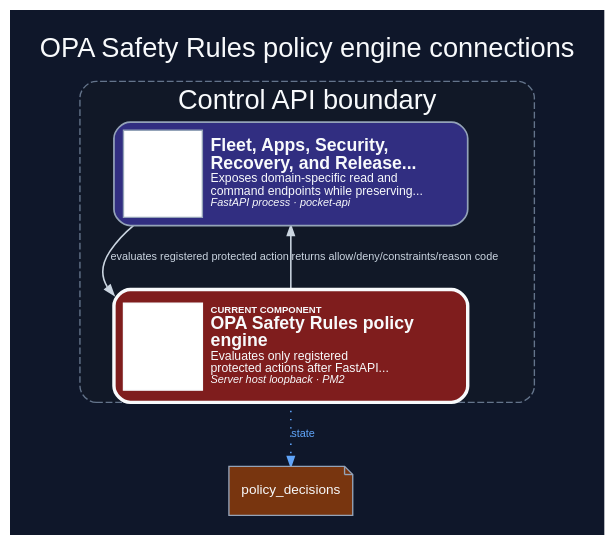
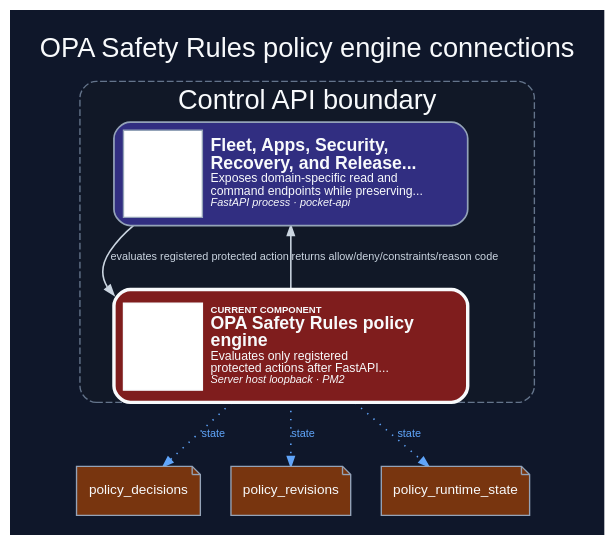
Before and after one commit to dexter-lab-ctrl/pocket-lab-lite: the diagram in docs/assets/diagrams/production/components/opa-policy-engine.dark.dot, drawn with Graphviz. The commit also changed 291 other files, not shown here.

```diff
--- a/docs/assets/diagrams/production/components/opa-policy-engine.dark.dot
+++ b/docs/assets/diagrams/production/components/opa-policy-engine.dark.dot
@@ -1,49 +1,53 @@
 digraph component_opa_policy_engine {
   graph [
     rankdir="TB",
     splines="spline",
     compound="true",
     newrank="true",
     nodesep="0.30",
     ranksep="0.52",
     ratio="compress",
     pad="0.20",
     margin="0",
     outputorder="edgesfirst",
     bgcolor="#0f172a",
     fontcolor="#f8fafc",
     fontname="Arial",
     label="OPA Safety Rules policy engine connections",
     labelloc="t",
     fontsize="20"
   ];
   node [
     fontname="Arial",
     fontsize="10",
     color="#94a3b8",
     fontcolor="#f8fafc",
     margin="0.12,0.08"
   ];
   edge [
     fontname="Arial",
     fontsize="8",
     color="#94a3b8",
     fontcolor="#cbd5e1",
     arrowsize="0.72",
     penwidth="1.15"
   ];
   subgraph "cluster_control-api" {
     label="Control API boundary";
     style="rounded,dashed,filled";
     color="#64748b";
     fillcolor="#111827";
     fontcolor="#f8fafc";
     penwidth="1.0";
     "api-domain-surfaces" [label=<<TABLE BORDER="0" CELLBORDER="0" CELLSPACING="0" CELLPADDING="6"><TR><TD FIXEDSIZE="TRUE" WIDTH="58" HEIGHT="64" ALIGN="CENTER" VALIGN="MIDDLE" BORDER="1" BGCOLOR="#FFFFFF" HREF="#PLICON__api-domain-surfaces" TITLE="Architecture icon anchor"><FONT POINT-SIZE="1">&#160;</FONT></TD><TD WIDTH="188" ALIGN="LEFT" BALIGN="LEFT" VALIGN="MIDDLE"><FONT POINT-SIZE="13"><B>Fleet, Apps, Security,<BR/>Recovery, and Release...</B></FONT><BR/><FONT POINT-SIZE="9">Exposes domain-specific read and<BR/>command endpoints while preserving...</FONT><BR/><FONT POINT-SIZE="8"><I>FastAPI process · pocket-api</I></FONT></TD></TR></TABLE>>, shape="box", style="rounded,filled", fillcolor="#312e81", color="#94a3b8", fontcolor="#f8fafc", penwidth="1.25", tooltip="Fleet, Apps, Security, Recovery, and Release APIs. Exposes domain-specific read and command endpoints while preserving backend-owned lifecycle execution.", URL="../../../../generated/production/architecture/components/api-domain-surfaces/", target="_top", margin="0.10,0.08"];
     "opa-policy-engine" [label=<<TABLE BORDER="0" CELLBORDER="0" CELLSPACING="0" CELLPADDING="6"><TR><TD FIXEDSIZE="TRUE" WIDTH="58" HEIGHT="64" ALIGN="CENTER" VALIGN="MIDDLE" BORDER="1" BGCOLOR="#FFFFFF" HREF="#PLICON__opa-policy-engine" TITLE="Architecture icon anchor"><FONT POINT-SIZE="1">&#160;</FONT></TD><TD WIDTH="188" ALIGN="LEFT" BALIGN="LEFT" VALIGN="MIDDLE"><FONT POINT-SIZE="7"><B>CURRENT COMPONENT</B></FONT><BR/><FONT POINT-SIZE="13"><B>OPA Safety Rules policy<BR/>engine</B></FONT><BR/><FONT POINT-SIZE="9">Evaluates only registered<BR/>protected actions after FastAPI...</FONT><BR/><FONT POINT-SIZE="8"><I>Server host loopback · PM2</I></FONT></TD></TR></TABLE>>, shape="box", style="rounded,filled,bold", fillcolor="#7f1d1d", color="#f8fafc", fontcolor="#f8fafc", penwidth="2.5", tooltip="OPA Safety Rules policy engine. Evaluates only registered protected actions after FastAPI hard invariants and before existing NATS/worker execution; it never owns command execution.", URL="../../../../generated/production/architecture/components/opa-policy-engine/", target="_top", margin="0.10,0.08"];
   }
   "api-domain-surfaces" -> "opa-policy-engine" [label="evaluates registered protected action", tooltip="evaluates registered protected action (Loopback HTTP JSON)", style="solid", arrowhead="normal", color="#cbd5e1", fontcolor="#cbd5e1", penwidth="1.15", arrowsize="0.72"];
   "opa-policy-engine" -> "api-domain-surfaces" [label="returns allow/deny/constraints/reason code", tooltip="returns allow/deny/constraints/reason code (Loopback HTTP JSON)", style="solid", arrowhead="normal", color="#cbd5e1", fontcolor="#cbd5e1", penwidth="1.15", arrowsize="0.72"];
   "state_dependency_0" [label="policy_decisions", shape="note", style="filled", fillcolor="#78350f", color="#94a3b8", fontcolor="#f8fafc", tooltip="Durable-state dependency"];
   "opa-policy-engine" -> "state_dependency_0" [label="state", style="dotted", color="#60a5fa", fontcolor="#60a5fa"];
+  "state_dependency_1" [label="policy_revisions", shape="note", style="filled", fillcolor="#78350f", color="#94a3b8", fontcolor="#f8fafc", tooltip="Durable-state dependency"];
+  "opa-policy-engine" -> "state_dependency_1" [label="state", style="dotted", color="#60a5fa", fontcolor="#60a5fa"];
+  "state_dependency_2" [label="policy_runtime_state", shape="note", style="filled", fillcolor="#78350f", color="#94a3b8", fontcolor="#f8fafc", tooltip="Durable-state dependency"];
+  "opa-policy-engine" -> "state_dependency_2" [label="state", style="dotted", color="#60a5fa", fontcolor="#60a5fa"];
 }
```
